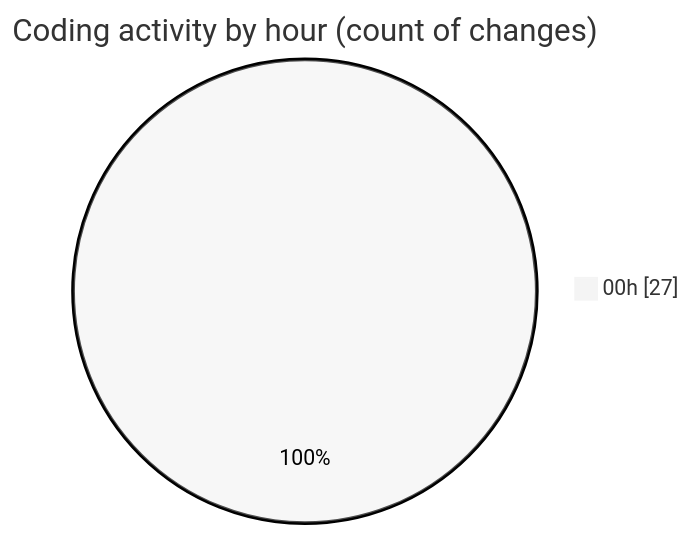
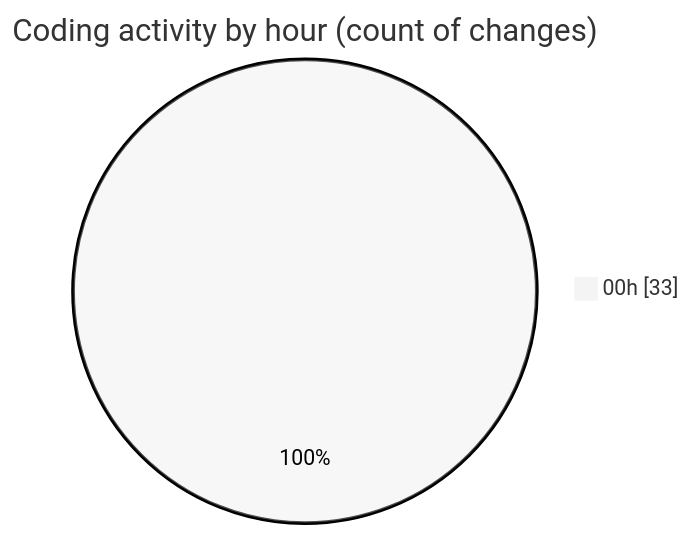
One commit to Ritupan-Deka/code-tracking changed the second of 2 diagrams in 2025-05-04/houserentalservice/README.md. Above: the diagram before and after it, drawn with Mermaid (neutral theme). The commit also changed other lines of this file and 1 other file, not shown here.

````diff
--- a/2025-05-04/houserentalservice/README.md
+++ b/2025-05-04/houserentalservice/README.md
@@ -45,5 +48,5 @@
 ```mermaid
 pie showData
 title Coding activity by hour (count of changes)
-"00h" : 27
+"00h" : 33
 ```
````
